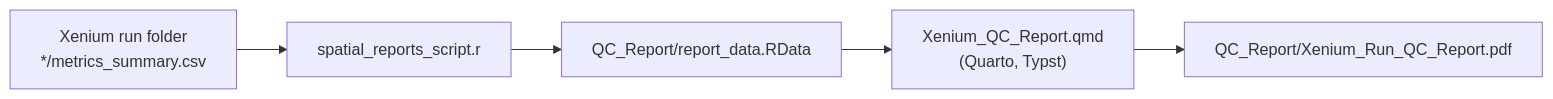
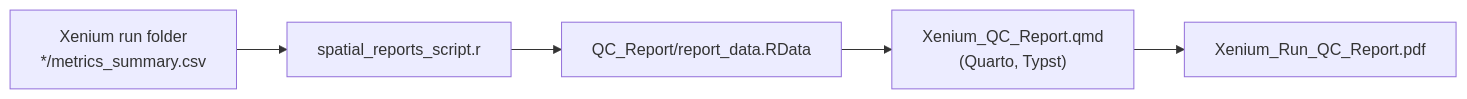
One commit to elconnick/Spatial-Reports changed the diagram in README.md. Above: the diagram before and after it, drawn with Mermaid. The commit also changed other lines of this file and 2 other files, not shown here.

````diff
--- a/README.md
+++ b/README.md
@@ -17,7 +17,7 @@
 ```mermaid
 flowchart LR
     A["Xenium run folder<br/>*/metrics_summary.csv"] --> B["spatial_reports_script.r"]
     B --> C["QC_Report/report_data.RData"]
     C --> D["Xenium_QC_Report.qmd<br/>(Quarto, Typst)"]
-    D --> E["QC_Report/Xenium_Run_QC_Report.pdf"]
+    D --> E["Xenium_Run_QC_Report.pdf"]
 ```
````
